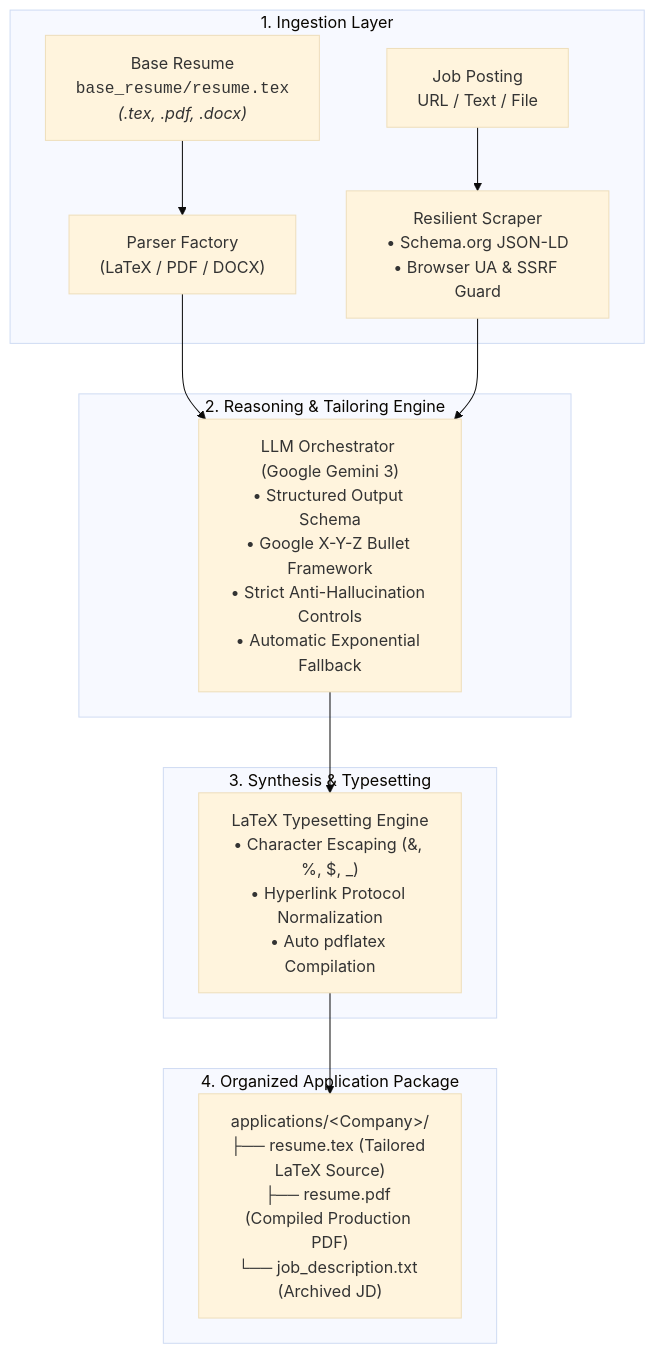
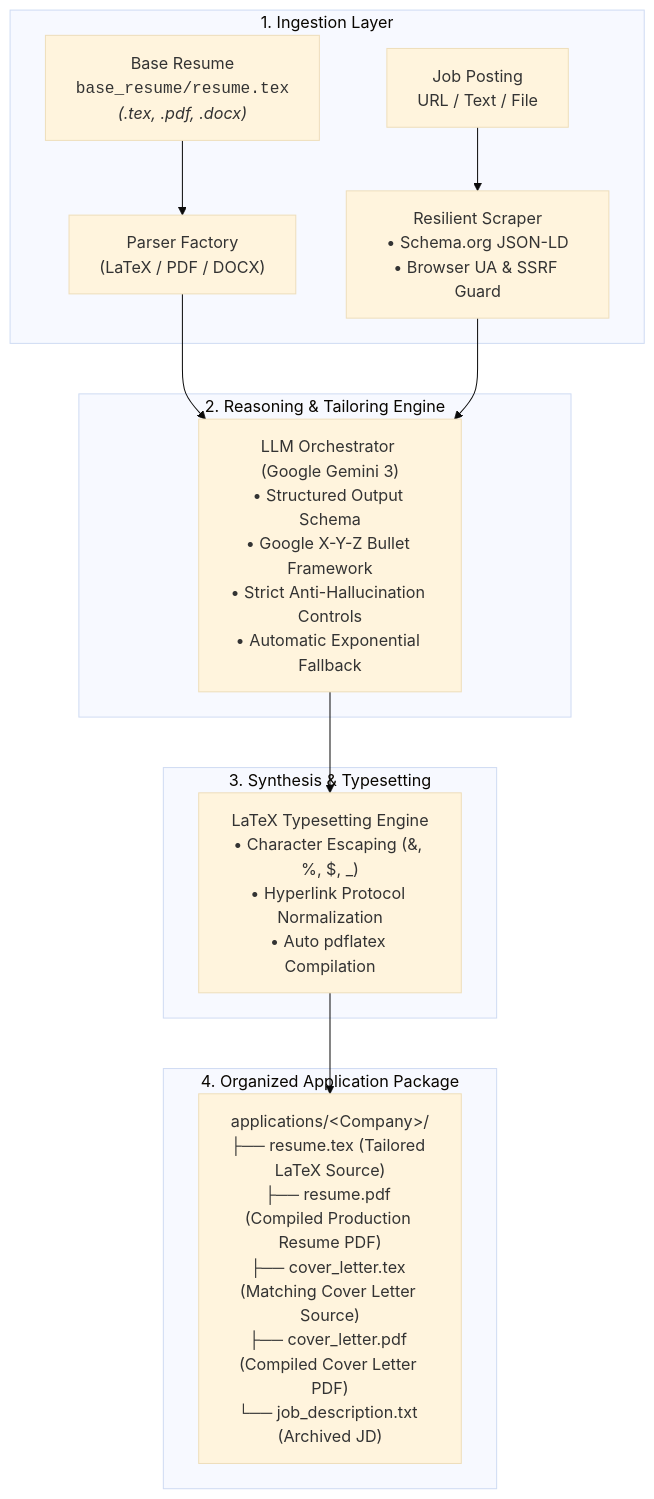
Before and after one commit to Mehak769/resume-tailor: the diagram in README.md, drawn with Mermaid (base theme). The commit also changed other lines of this file and 7 other files, not shown here.

Commit message:
feat(cover-letter): add automated tailored LaTeX and PDF cover letter generator

````diff
--- a/README.md
+++ b/README.md
@@ -24,20 +24,20 @@
 ```mermaid
 flowchart TD
     subgraph Ingestion ["1. Ingestion Layer"]
         A1["Base Resume<br><code>base_resume/resume.tex</code><br><i>(.tex, .pdf, .docx)</i>"] --> P1["Parser Factory<br>(LaTeX / PDF / DOCX)"]
         A2["Job Posting<br>URL / Text / File"] --> P2["Resilient Scraper<br>• Schema.org JSON-LD<br>• Browser UA & SSRF Guard"]
     end
 
     subgraph Intelligence ["2. Reasoning & Tailoring Engine"]
         P1 --> LLM["LLM Orchestrator (Google Gemini 3)<br>• Structured Output Schema<br>• Google X-Y-Z Bullet Framework<br>• Strict Anti-Hallucination Controls<br>• Automatic Exponential Fallback"]
         P2 --> LLM
     end
 
     subgraph Synthesis ["3. Synthesis & Typesetting"]
         LLM --> EX["LaTeX Typesetting Engine<br>• Character Escaping (&, %, $, _)<br>• Hyperlink Protocol Normalization<br>• Auto pdflatex Compilation"]
     end
 
     subgraph Output ["4. Organized Application Package"]
-        EX --> PKG["applications/&lt;Company&gt;/<br>├── resume.tex (Tailored LaTeX Source)<br>├── resume.pdf (Compiled Production PDF)<br>└── job_description.txt (Archived JD)"]
+        EX --> PKG["applications/&lt;Company&gt;/<br>├── resume.tex (Tailored LaTeX Source)<br>├── resume.pdf (Compiled Production Resume PDF)<br>├── cover_letter.tex (Matching Cover Letter Source)<br>├── cover_letter.pdf (Compiled Cover Letter PDF)<br>└── job_description.txt (Archived JD)"]
     end
 ```
````
